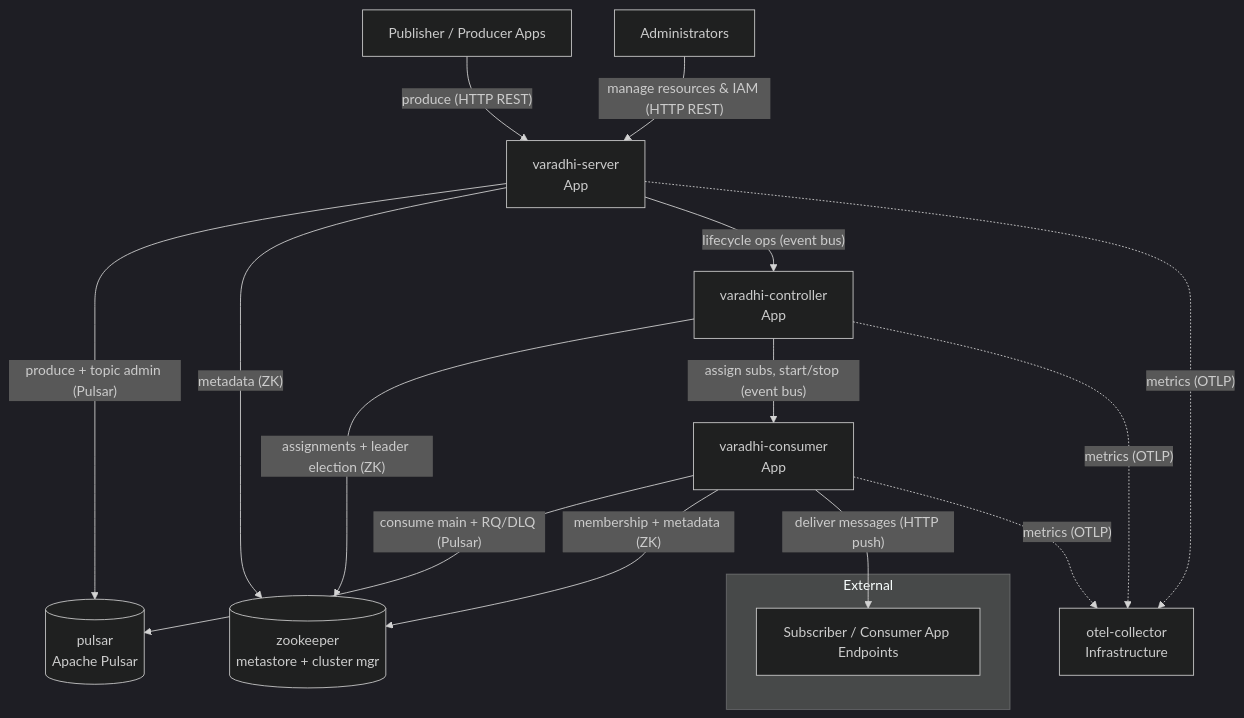
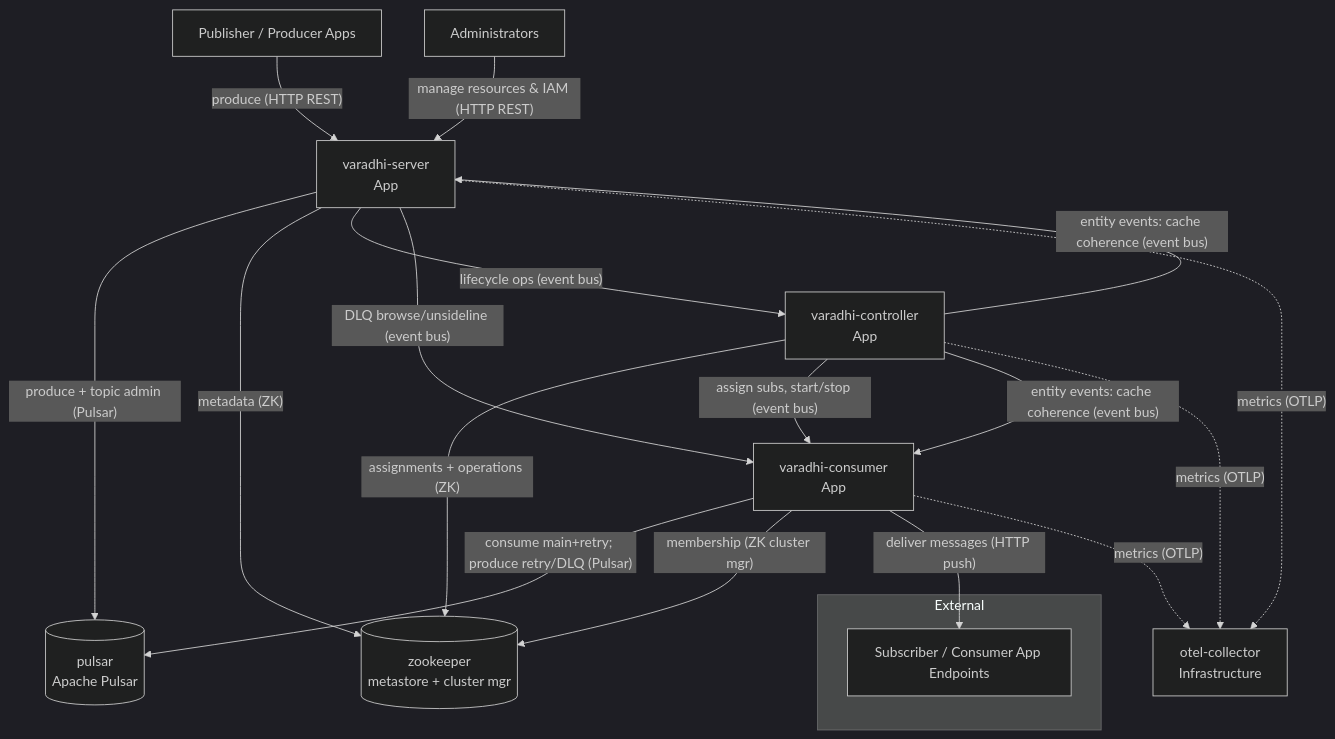
The diagram in docs/containers.md (flipkart-incubator/varadhi), drawn with Mermaid (dark theme) before and after one commit. The commit also changed other lines of this file and 4 other files, not shown here.

````diff
--- a/docs/containers.md
+++ b/docs/containers.md
@@ -145,24 +150,27 @@
 ```mermaid
 flowchart TD
     subgraph External
         Subscriber[Subscriber / Consumer App Endpoints]
     end
 
     Producer[Publisher / Producer Apps] -- "produce (HTTP REST)" --> Server
     Admin[Administrators] -- "manage resources & IAM (HTTP REST)" --> Server
 
     Server[varadhi-server<br/>App] -- "produce + topic admin (Pulsar)" --> Pulsar[(pulsar<br/>Apache Pulsar)]
     Server -- "metadata (ZK)" --> ZK[(zookeeper<br/>metastore + cluster mgr)]
     Server -- "lifecycle ops (event bus)" --> Controller[varadhi-controller<br/>App]
+    Server -- "DLQ browse/unsideline (event bus)" --> Consumer[varadhi-consumer<br/>App]
 
-    Controller -- "assignments + leader election (ZK)" --> ZK
-    Controller -- "assign subs, start/stop (event bus)" --> Consumer[varadhi-consumer<br/>App]
+    Controller -- "assignments + operations (ZK)" --> ZK
+    Controller -- "assign subs, start/stop (event bus)" --> Consumer
+    Controller -- "entity events: cache coherence (event bus)" --> Server
+    Controller -- "entity events: cache coherence (event bus)" --> Consumer
 
-    Consumer -- "consume main + RQ/DLQ (Pulsar)" --> Pulsar
-    Consumer -- "membership + metadata (ZK)" --> ZK
+    Consumer -- "consume main+retry; produce retry/DLQ (Pulsar)" --> Pulsar
+    Consumer -- "membership (ZK cluster mgr)" --> ZK
     Consumer -- "deliver messages (HTTP push)" --> Subscriber
 
     Server -. "metrics (OTLP)" .-> Otel[otel-collector<br/>Infrastructure]
     Controller -. "metrics (OTLP)" .-> Otel
     Consumer -. "metrics (OTLP)" .-> Otel
 ```
````
